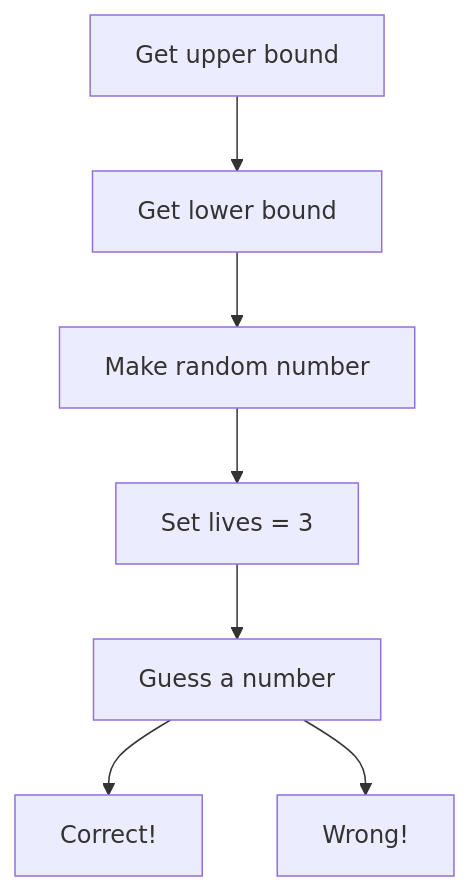
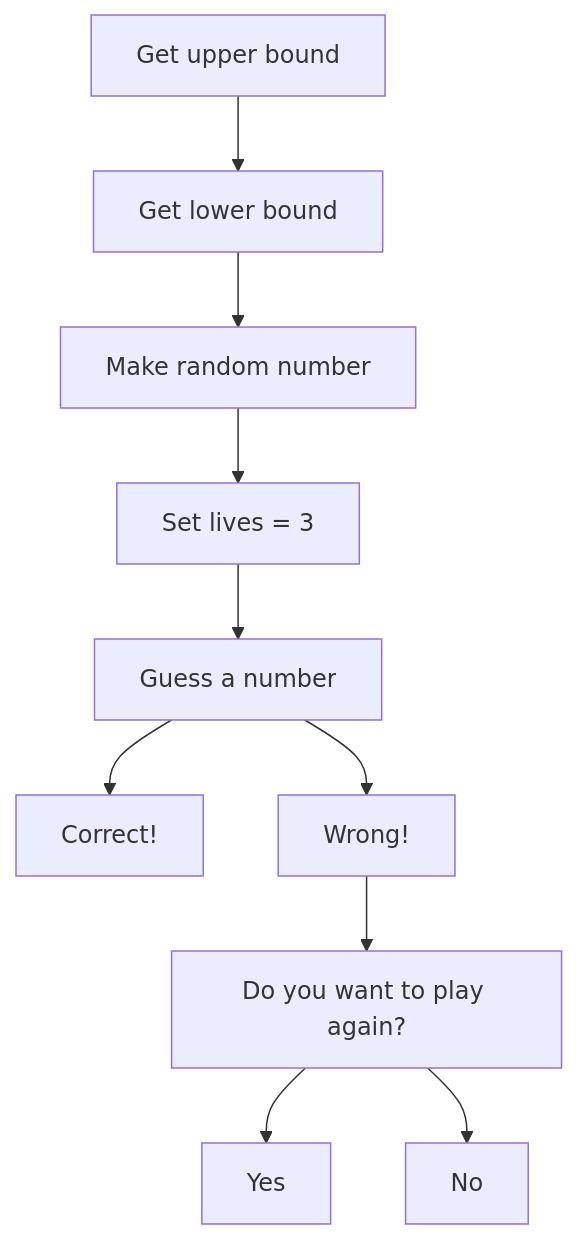
Before and after one commit to joshua-waa/2025-2026-CIF: the diagram in Class3/Flowchart.md, drawn with Mermaid.

````diff
--- a/Class3/Flowchart.md
+++ b/Class3/Flowchart.md
@@ -1,9 +1,12 @@
 ```mermaid
 flowchart TD
   A[Get upper bound] --> B[Get lower bound]
   B --> C[Make random number]
   C --> D[Set lives = 3]
   D --> E[Guess a number]
   E --> F[Correct!]
   E --> G[Wrong!]
+  G --> H[Do you want to play again?]
+  H --> I[Yes]
+  H --> J[No]
 ```
````
